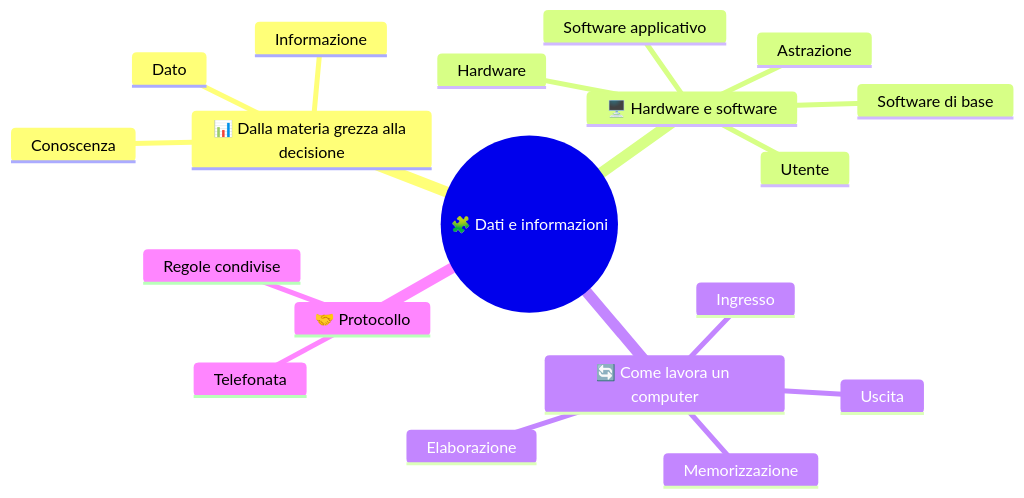
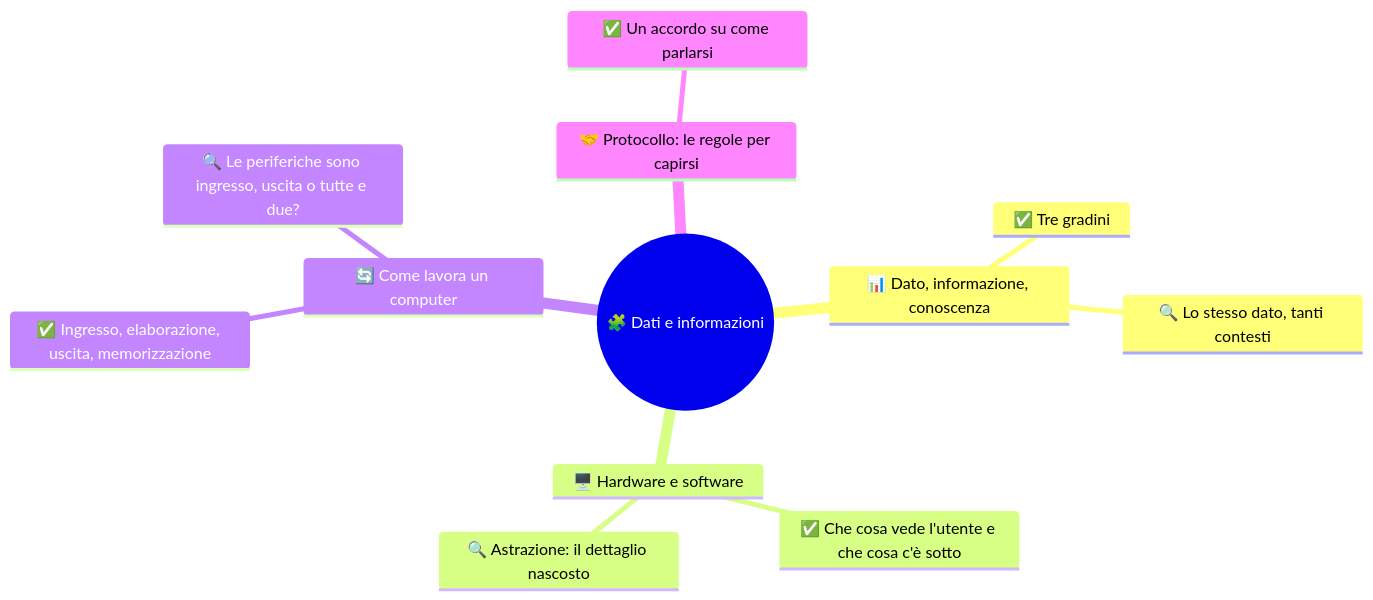
One commit to Neeqstock/dispense-caramuel changed the diagram in 1CI - Informatica/1 SETT-OTT/Allegati/1ci-sett-ott-s2-dati-e-informazioni-mappa-1.mmd. Above: the diagram before and after it, drawn with Mermaid. The commit also changed 56 other files, not shown here.

```diff
--- a/1CI - Informatica/1 SETT-OTT/Allegati/1ci-sett-ott-s2-dati-e-informazioni-mappa-1.mmd
+++ b/1CI - Informatica/1 SETT-OTT/Allegati/1ci-sett-ott-s2-dati-e-informazioni-mappa-1.mmd
@@ -1,20 +1,13 @@
 mindmap
   root((🧩 Dati e informazioni))
-    📊 Dalla materia grezza alla decisione
-      Dato
-      Informazione
-      Conoscenza
+    📊 Dato, informazione, conoscenza
+      ✅ Tre gradini
+      🔍 Lo stesso dato, tanti contesti
     🖥️ Hardware e software
-      Hardware
-      Software di base
-      Software applicativo
-      Utente
-      Astrazione
+      ✅ Che cosa vede l'utente e che cosa c'è sotto
+      🔍 Astrazione: il dettaglio nascosto
     🔄 Come lavora un computer
-      Ingresso
-      Elaborazione
-      Uscita
-      Memorizzazione
-    🤝 Protocollo
-      Regole condivise
-      Telefonata
+      ✅ Ingresso, elaborazione, uscita, memorizzazione
+      🔍 Le periferiche sono ingresso, uscita o tutte e due?
+    🤝 Protocollo: le regole per capirsi
+      ✅ Un accordo su come parlarsi
```
